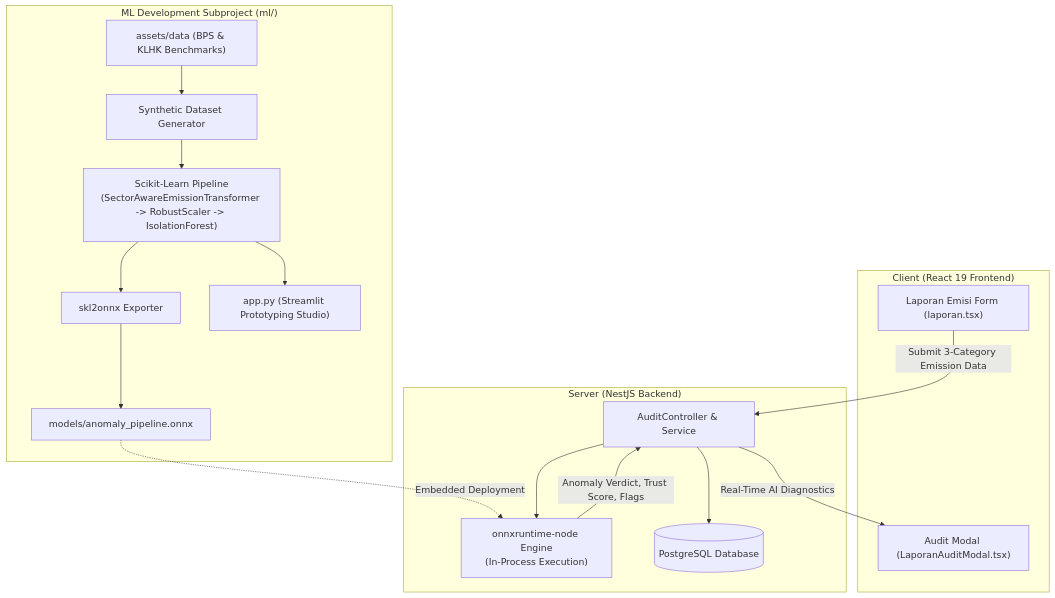
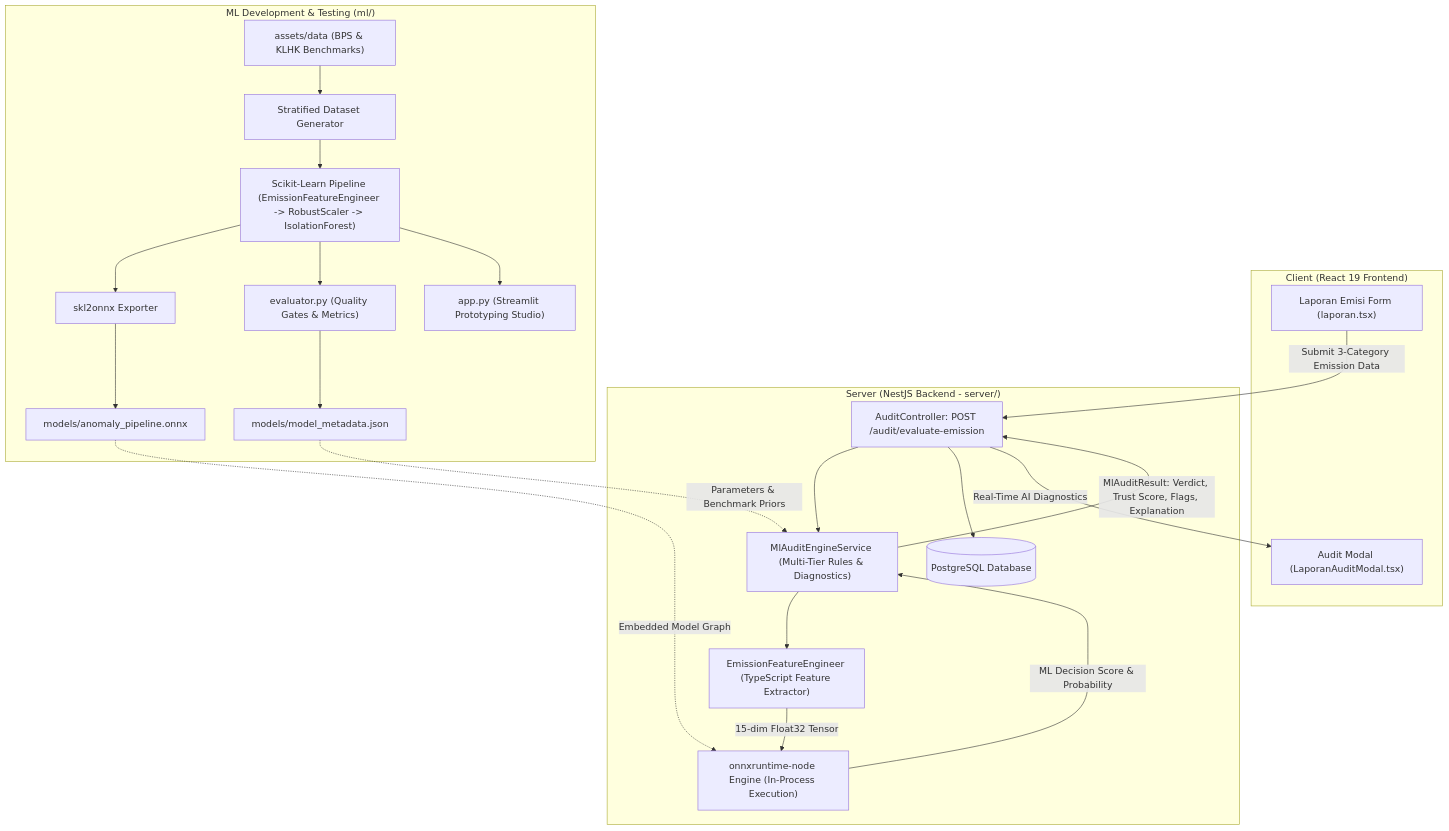
The diagram in ml/README.md (SYNETRATECH/RekaKarbon), drawn with Mermaid before and after one commit. The commit also changed other lines of this file and 26 other files, not shown here.

Commit message:
feat: enhance ml testing and create integration to main nestjs backend

````diff
--- a/ml/README.md
+++ b/ml/README.md
@@ -31,28 +31,36 @@
 ```mermaid
 flowchart TD
     subgraph Client ["Client (React 19 Frontend)"]
         UI["Laporan Emisi Form (laporan.tsx)"]
         Modal["Audit Modal (LaporanAuditModal.tsx)"]
     end
 
-    subgraph Server ["Server (NestJS Backend)"]
-        AuditCtrl["AuditController & Service"]
-        NodeOnnx["onnxruntime-node Engine<br/>(In-Process Execution)"]
+    subgraph Server ["Server (NestJS Backend - server/)"]
+        AuditCtrl["AuditController: POST /audit/evaluate-emission"]
+        TSFeature["EmissionFeatureEngineer (TypeScript Feature Extractor)"]
+        NodeOnnx["onnxruntime-node Engine (In-Process Execution)"]
+        AuditEngine["MlAuditEngineService (Multi-Tier Rules & Diagnostics)"]
         Prisma[(PostgreSQL Database)]
     end
 
-    subgraph MLPackage ["ML Development Subproject (ml/)"]
-        DataLayer["assets/data (BPS & KLHK Benchmarks)"] --> Generator["Synthetic Dataset Generator"]
-        Generator --> SklearnPipe["Scikit-Learn Pipeline<br/>(SectorAwareEmissionTransformer -> RobustScaler -> IsolationForest)"]
+    subgraph MLPackage ["ML Development & Testing (ml/)"]
+        DataLayer["assets/data (BPS & KLHK Benchmarks)"] --> Generator["Stratified Dataset Generator"]
+        Generator --> SklearnPipe["Scikit-Learn Pipeline (EmissionFeatureEngineer -> RobustScaler -> IsolationForest)"]
         SklearnPipe --> OnnxExport["skl2onnx Exporter"]
         OnnxExport --> OnnxFile["models/anomaly_pipeline.onnx"]
+        SklearnPipe --> Evaluator["evaluator.py (Quality Gates & Metrics)"]
+        Evaluator --> MetadataFile["models/model_metadata.json"]
         SklearnPipe --> StreamlitApp["app.py (Streamlit Prototyping Studio)"]
     end
 
     UI -->|"Submit 3-Category Emission Data"| AuditCtrl
-    OnnxFile -.->|"Embedded Deployment"| NodeOnnx
-    AuditCtrl --> NodeOnnx
-    NodeOnnx -->|"Anomaly Verdict, Trust Score, Flags"| AuditCtrl
+    AuditCtrl --> AuditEngine
+    AuditEngine --> TSFeature
+    TSFeature -->|"15-dim Float32 Tensor"| NodeOnnx
+    OnnxFile -.->|"Embedded Model Graph"| NodeOnnx
+    MetadataFile -.->|"Parameters & Benchmark Priors"| AuditEngine
+    NodeOnnx -->|"ML Decision Score & Probability"| AuditEngine
+    AuditEngine -->|"MlAuditResult: Verdict, Trust Score, Flags, Explanation"| AuditCtrl
     AuditCtrl --> Prisma
     AuditCtrl -->|"Real-Time AI Diagnostics"| Modal
 ```
````
